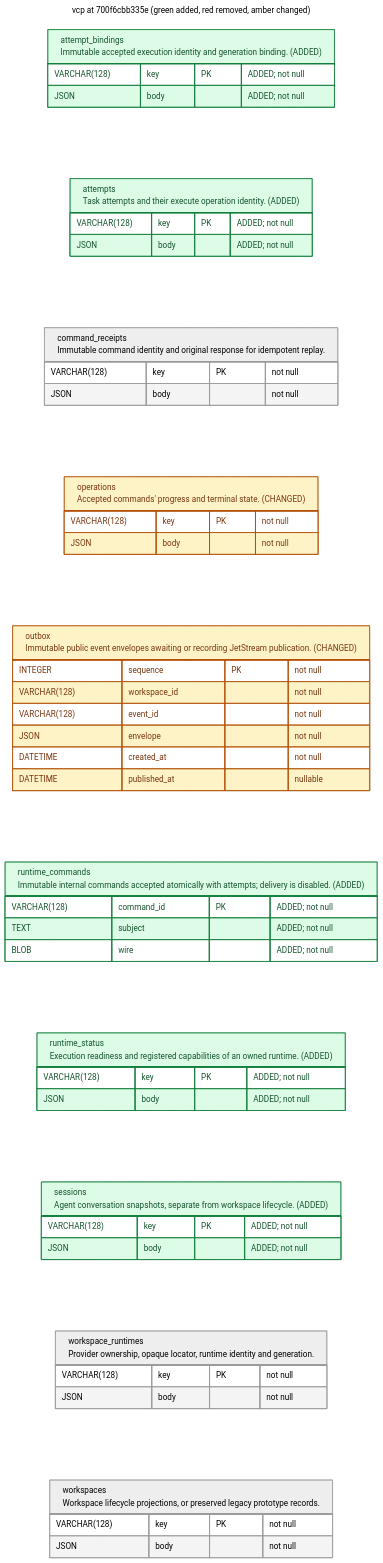
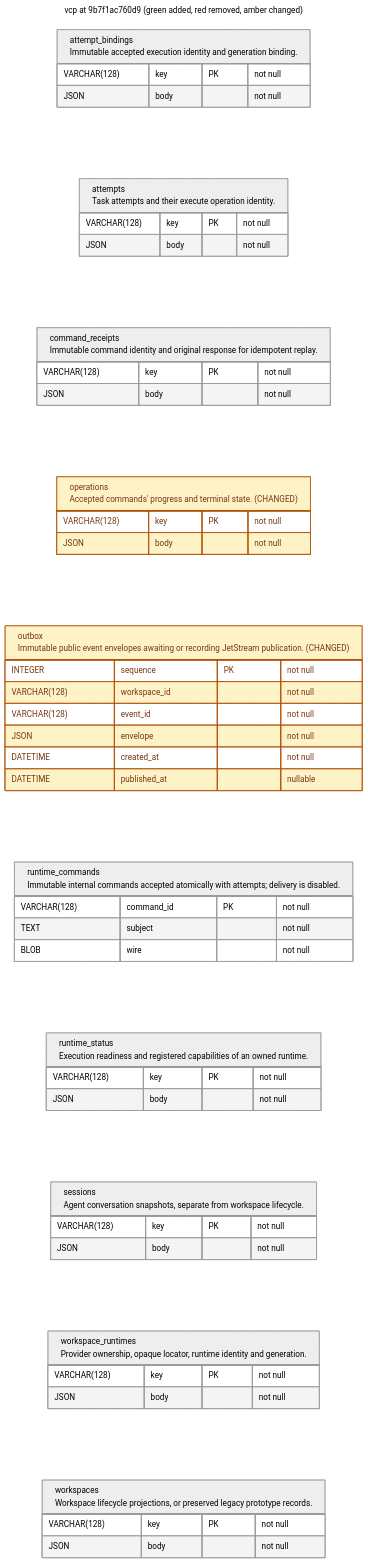
Before and after one commit to OpenEngine/OpenEngine: the diagram in v2/docs/schema/latest_vcp.mermaid, drawn with Mermaid. The commit also changed 4 other files, not shown here.

Commit message:
docs: update service schemas

```diff
--- a/v2/docs/schema/latest_vcp.mermaid
+++ b/v2/docs/schema/latest_vcp.mermaid
@@ -1,65 +1,60 @@
 ---
-title: vcp at 700f6cbb335e (green added, red removed, amber changed)
+title: vcp at 9b7f1ac760d9 (green added, red removed, amber changed)
 config:
   theme: neutral
 ---
 erDiagram
     direction LR
     %% REMOVED tables/columns are tombstones, absent from this revision's schema.
     %% Column changes include type, nullability, default and key membership.
     %% Table changes also include indexes and constraints.
     classDef added fill:#dcfce7,stroke:#15803d,color:#14532d
     classDef removed fill:#fee2e2,stroke:#b91c1c,color:#7f1d1d
     classDef changed fill:#fef3c7,stroke:#b45309,color:#78350f
-    attempt_bindings["attempt_bindings<br/>Immutable accepted execution identity and generation binding. (ADDED)"] {
-        VARCHAR(128) key PK "ADDED; not null"
-        JSON body "ADDED; not null"
+    attempt_bindings["attempt_bindings<br/>Immutable accepted execution identity and generation binding."] {
+        VARCHAR(128) key PK "not null"
+        JSON body "not null"
     }
-    class attempt_bindings added
-    attempts["attempts<br/>Task attempts and their execute operation identity. (ADDED)"] {
-        VARCHAR(128) key PK "ADDED; not null"
-        JSON body "ADDED; not null"
+    attempts["attempts<br/>Task attempts and their execute operation identity."] {
+        VARCHAR(128) key PK "not null"
+        JSON body "not null"
     }
-    class attempts added
     command_receipts["command_receipts<br/>Immutable command identity and original response for idempotent replay."] {
         VARCHAR(128) key PK "not null"
         JSON body "not null"
     }
     operations["operations<br/>Accepted commands' progress and terminal state. (CHANGED)"] {
         VARCHAR(128) key PK "not null"
         JSON body "not null"
     }
     class operations changed
     outbox["outbox<br/>Immutable public event envelopes awaiting or recording JetStream publication. (CHANGED)"] {
         INTEGER sequence PK "not null"
         VARCHAR(128) workspace_id "not null"
         VARCHAR(128) event_id "not null"
         JSON envelope "not null"
         DATETIME created_at "not null"
         DATETIME published_at "nullable"
     }
     class outbox changed
-    runtime_commands["runtime_commands<br/>Immutable internal commands accepted atomically with attempts; delivery is disabled. (ADDED)"] {
-        VARCHAR(128) command_id PK "ADDED; not null"
-        TEXT subject "ADDED; not null"
-        BLOB wire "ADDED; not null"
+    runtime_commands["runtime_commands<br/>Immutable internal commands accepted atomically with attempts; delivery is disabled."] {
+        VARCHAR(128) command_id PK "not null"
+        TEXT subject "not null"
+        BLOB wire "not null"
     }
-    class runtime_commands added
-    runtime_status["runtime_status<br/>Execution readiness and registered capabilities of an owned runtime. (ADDED)"] {
-        VARCHAR(128) key PK "ADDED; not null"
-        JSON body "ADDED; not null"
+    runtime_status["runtime_status<br/>Execution readiness and registered capabilities of an owned runtime."] {
+        VARCHAR(128) key PK "not null"
+        JSON body "not null"
     }
-    class runtime_status added
-    sessions["sessions<br/>Agent conversation snapshots, separate from workspace lifecycle. (ADDED)"] {
-        VARCHAR(128) key PK "ADDED; not null"
-        JSON body "ADDED; not null"
+    sessions["sessions<br/>Agent conversation snapshots, separate from workspace lifecycle."] {
+        VARCHAR(128) key PK "not null"
+        JSON body "not null"
     }
-    class sessions added
     workspace_runtimes["workspace_runtimes<br/>Provider ownership, opaque locator, runtime identity and generation."] {
         VARCHAR(128) key PK "not null"
         JSON body "not null"
     }
     workspaces["workspaces<br/>Workspace lifecycle projections, or preserved legacy prototype records."] {
         VARCHAR(128) key PK "not null"
         JSON body "not null"
     }
```
